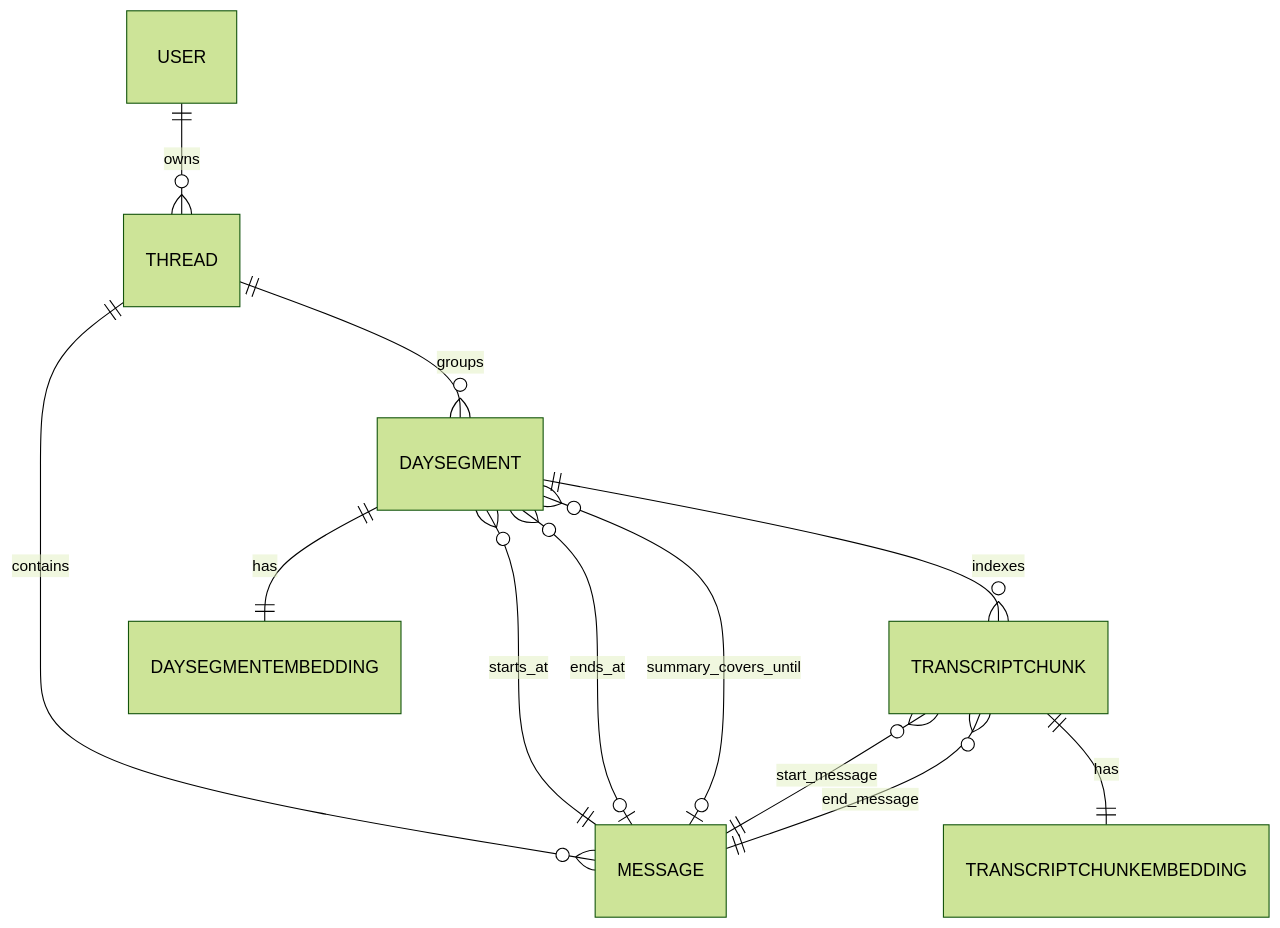
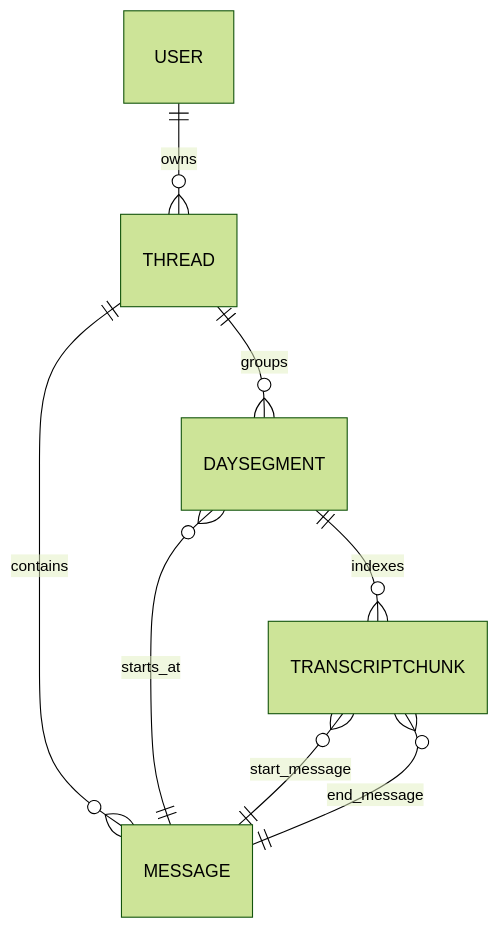
One commit to AMairesse/Nova changed the fifth of 5 diagrams in plans/continuous_discussion.md. Above: the diagram before and after it, drawn with Mermaid (forest theme). The commit also changed other lines of this file, not shown here.

````diff
--- a/plans/continuous_discussion.md
+++ b/plans/continuous_discussion.md
@@ -902,16 +735,11 @@
 ```mermaid
 erDiagram
   USER ||--o{ THREAD : owns
   THREAD ||--o{ MESSAGE : contains
   THREAD ||--o{ DAYSEGMENT : groups
   DAYSEGMENT ||--o{ TRANSCRIPTCHUNK : indexes
 
-  DAYSEGMENT ||--|| DAYSEGMENTEMBEDDING : has
-  TRANSCRIPTCHUNK ||--|| TRANSCRIPTCHUNKEMBEDDING : has
-
   DAYSEGMENT }o--|| MESSAGE : starts_at
-  DAYSEGMENT }o--o| MESSAGE : ends_at
-  DAYSEGMENT }o--o| MESSAGE : summary_covers_until
   TRANSCRIPTCHUNK }o--|| MESSAGE : start_message
   TRANSCRIPTCHUNK }o--|| MESSAGE : end_message
 ```
````
